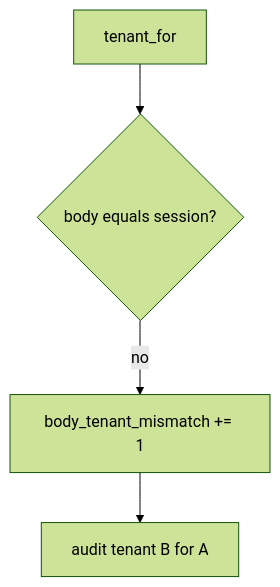
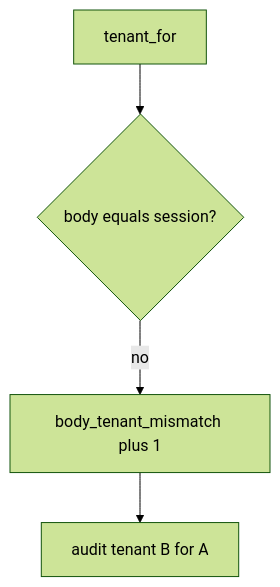
One commit to ishitvagoel/LearnSecurity changed the diagram in content/modules/e/E5/lessons/06-operate.md. Above: the diagram before and after it, drawn with Mermaid (forest theme). The commit also changed other lines of this file and 21 other files, not shown here.

````diff
--- a/content/modules/e/E5/lessons/06-operate.md
+++ b/content/modules/e/E5/lessons/06-operate.md
@@ -13,6 +13,6 @@
 ```mermaid
 flowchart TD
   Call[tenant_for] --> Match{body equals session?}
-  Match -->|no| Metric["body_tenant_mismatch += 1"]
+  Match -->|no| Metric["body_tenant_mismatch plus 1"]
   Metric --> Audit[audit tenant B for A]
 ```
````
